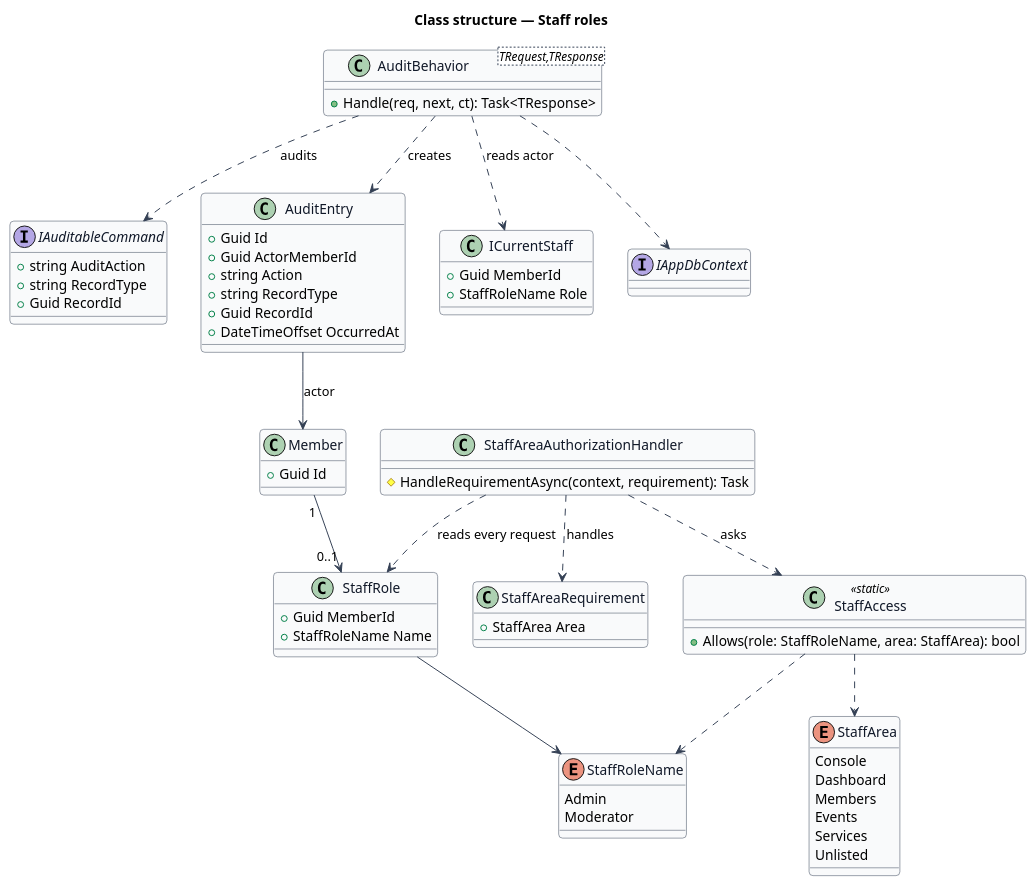
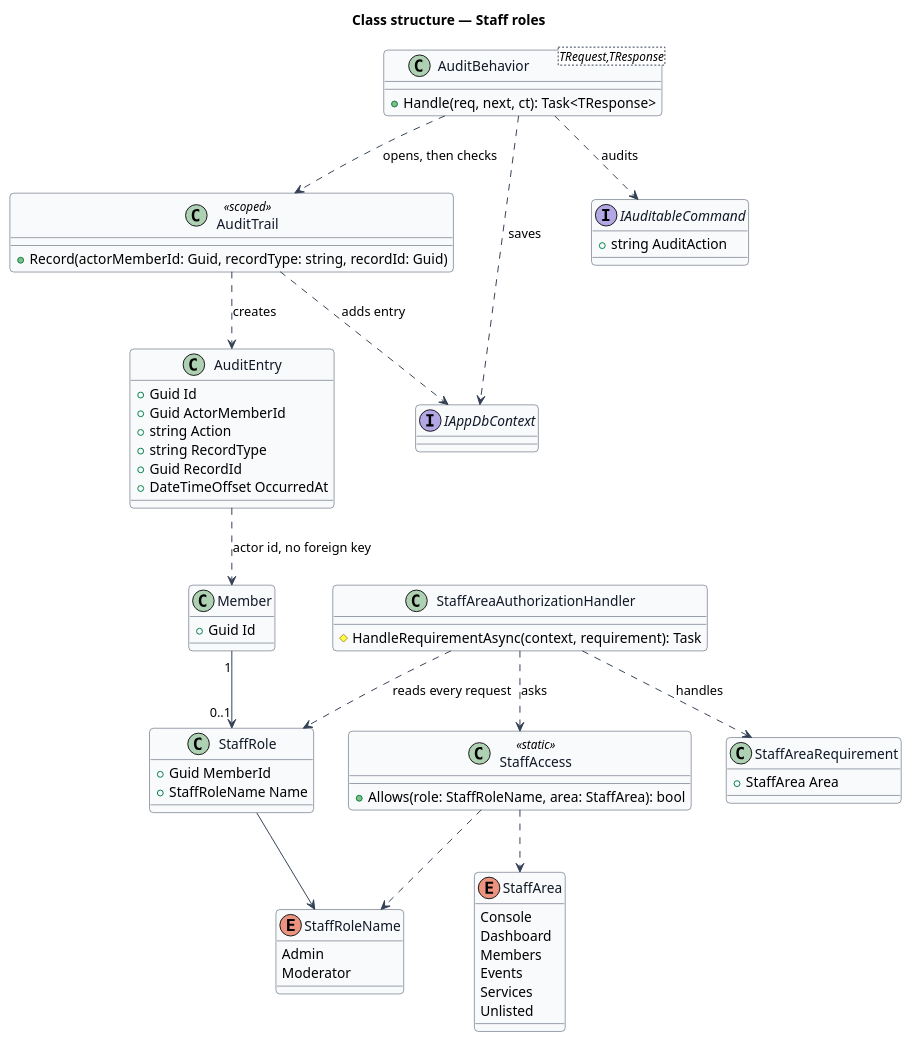
Before and after one commit to QuinntyneBrown/christian-fitness: the diagram in docs/detailed-designs/admin-access/staff-roles/diagrams/class.puml, drawn with PlantUML. The commit also changed 19 other files, not shown here.

```diff
--- a/docs/detailed-designs/admin-access/staff-roles/diagrams/class.puml
+++ b/docs/detailed-designs/admin-access/staff-roles/diagrams/class.puml
@@ -1,76 +1,74 @@
 @startuml
 skinparam backgroundColor #FFFFFF
 skinparam shadowing false
 skinparam roundcorner 8
 skinparam defaultFontName Arial
 skinparam ArrowColor #344054
 skinparam class {
   BorderColor #344054
   FontColor #101828
   BackgroundColor #F9FAFB
 }
 title Class structure — Staff roles
 
 class Member {
   +Guid Id
 }
 class StaffRole {
   +Guid MemberId
   +StaffRoleName Name
 }
 enum StaffRoleName {
   Admin
   Moderator
 }
 interface IAuditableCommand {
   +string AuditAction
-  +string RecordType
-  +Guid RecordId
+}
+class AuditTrail <<scoped>> {
+  +Record(actorMemberId: Guid, recordType: string, recordId: Guid)
 }
 class "AuditBehavior<TRequest,TResponse>" as AuditBehavior {
   +Handle(req, next, ct): Task<TResponse>
 }
 class AuditEntry {
   +Guid Id
   +Guid ActorMemberId
   +string Action
   +string RecordType
   +Guid RecordId
   +DateTimeOffset OccurredAt
-}
-class ICurrentStaff {
-  +Guid MemberId
-  +StaffRoleName Role
 }
 enum StaffArea {
   Console
   Dashboard
   Members
   Events
   Services
   Unlisted
 }
 class StaffAccess <<static>> {
   +Allows(role: StaffRoleName, area: StaffArea): bool
 }
 class StaffAreaRequirement {
   +StaffArea Area
 }
 class StaffAreaAuthorizationHandler {
   #HandleRequirementAsync(context, requirement): Task
 }
 interface IAppDbContext
 
 Member "1" --> "0..1" StaffRole
 StaffRole --> StaffRoleName
 AuditBehavior ..> IAuditableCommand : audits
-AuditBehavior ..> ICurrentStaff : reads actor
-AuditBehavior ..> AuditEntry : creates
-AuditBehavior ..> IAppDbContext
+AuditBehavior ..> AuditTrail : opens, then checks
+AuditBehavior ..> IAppDbContext : saves
+AuditTrail ..> AuditEntry : creates
+AuditTrail ..> IAppDbContext : adds entry
 StaffAreaAuthorizationHandler ..> StaffAreaRequirement : handles
 StaffAreaAuthorizationHandler ..> StaffRole : reads every request
 StaffAreaAuthorizationHandler ..> StaffAccess : asks
 StaffAccess ..> StaffArea
 StaffAccess ..> StaffRoleName
-AuditEntry --> Member : actor
+AuditEntry ..> Member : actor id, no foreign key
 @enduml
```
